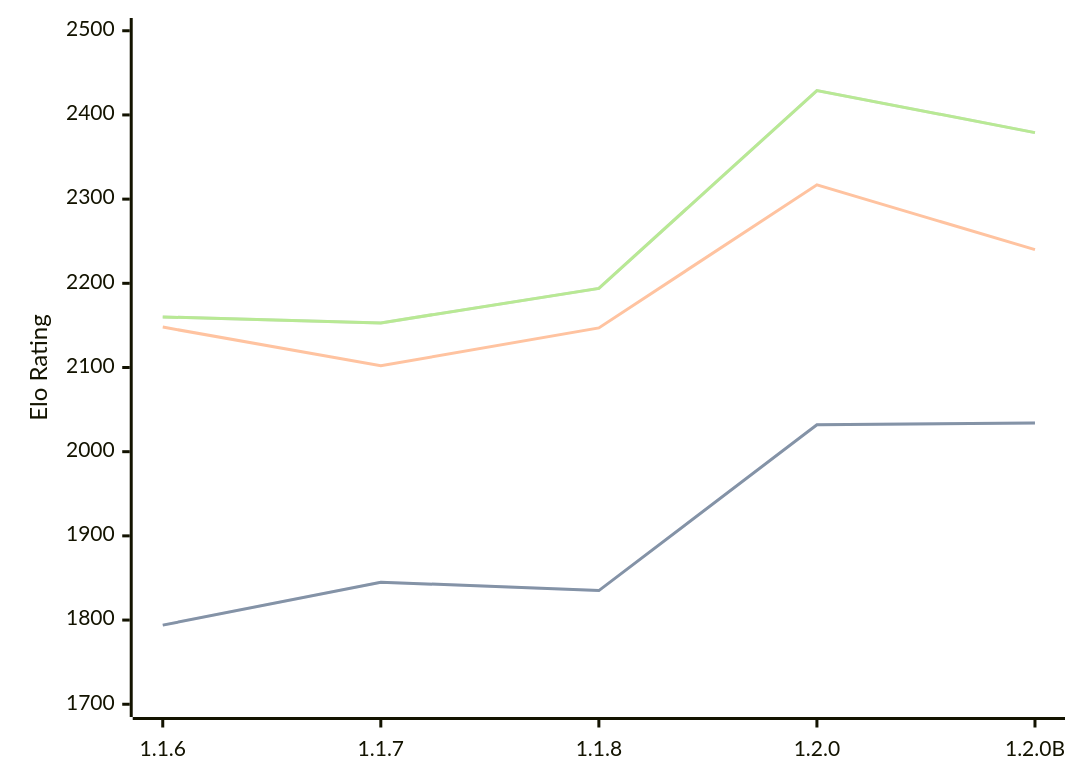
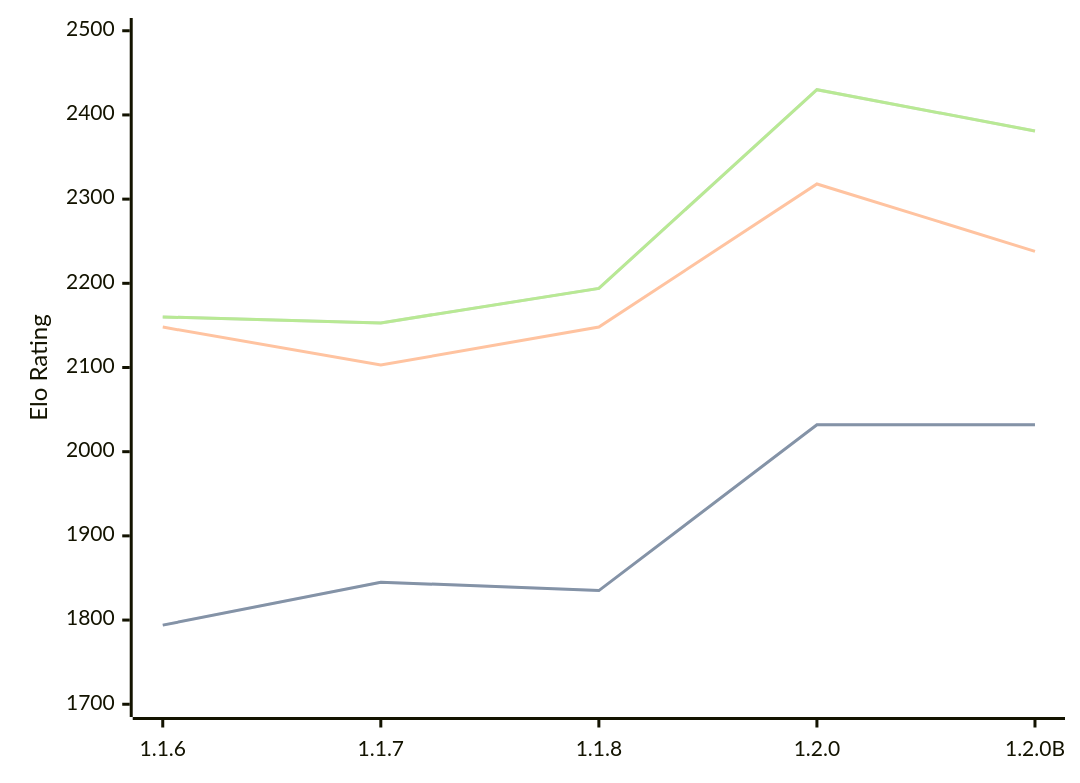
Before and after one commit to computer-chess-index/cci: the diagram in engines/Soomi.md, drawn with Mermaid. The commit also changed other lines of this file, not shown here.

Commit message:
Update CCI Ratings (ELO VLTC) - 2026-09-08

````diff
--- a/engines/Soomi.md
+++ b/engines/Soomi.md
@@ -35,11 +35,11 @@
 ```mermaid
 %%{init: {"theme":"base","themeVariables":{"seriesColors:['#a3a3a3','#222221','#faa371']}}}%%
 xychart-beta
   x-axis ["1.1.6", "1.1.7", "1.1.8", "1.2.0", "1.2.0B"]
   y-axis "Elo Rating" 1700 --> 2500
-  line "" [1794, 1845, 1835, 2032, 2034]
-  line "STC (8.0+0.08s)" [1794, 1845, 1835, 2032, 2034]
-  line "LTC (60.0+0.60s)" [2148, 2102, 2147, 2317, 2240]
-  line "" [2160, 2153, 2194, 2429, 2379]
-  line "VLTC (2m24s+1.12s)" [2160, 2153, 2194, 2429, 2379]
+  line "" [1794, 1845, 1835, 2032, 2032]
+  line "STC (8.0+0.08s)" [1794, 1845, 1835, 2032, 2032]
+  line "LTC (60.0+0.60s)" [2148, 2103, 2148, 2318, 2238]
+  line "" [2160, 2153, 2194, 2430, 2381]
+  line "VLTC (2m24s+1.12s)" [2160, 2153, 2194, 2430, 2381]
 ```
````
